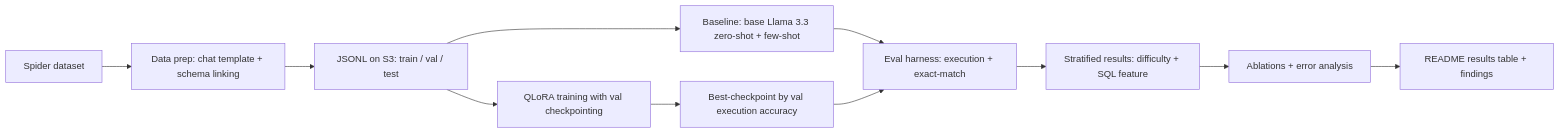
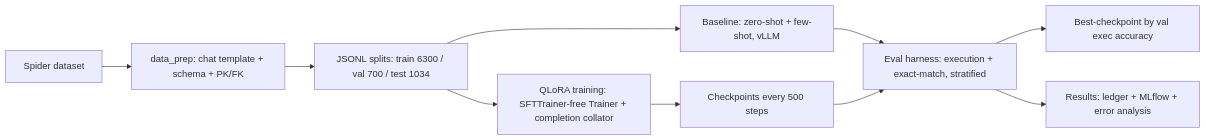
One commit to irajput215/fine-tuning-llms-text2sql changed the diagram in README.md. Above: the diagram before and after it, drawn with Mermaid. The commit also changed other lines of this file and 1 other file, not shown here.

Commit message:
docs: complete README (results, error analysis, quickstart) + portfolio/interview guide (P1-P13 Q&A, do-not-claim list)

````diff
--- a/README.md
+++ b/README.md
@@ -28,13 +56,12 @@
 ```mermaid
 flowchart LR
-    A[Spider dataset] --> B[Data prep: chat template + schema linking]
-    B --> C[JSONL on S3: train / val / test]
-    C --> D[Baseline: base Llama 3.3 zero-shot + few-shot]
-    C --> E[QLoRA training with val checkpointing]
-    E --> F[Best-checkpoint by val execution accuracy]
-    D --> G[Eval harness: execution + exact-match]
+    A[Spider dataset] --> B[data_prep: chat template + schema + PK/FK]
+    B --> C[JSONL splits: train 6300 / val 700 / test 1034]
+    C --> D[Baseline: zero-shot + few-shot, vLLM]
+    C --> E[QLoRA training: SFTTrainer-free Trainer + completion collator]
+    E --> F[Checkpoints every 500 steps]
+    D --> G[Eval harness: execution + exact-match, stratified]
     F --> G
-    G --> H[Stratified results: difficulty + SQL feature]
-    H --> I[Ablations + error analysis]
-    I --> J[README results table + findings]
+    G --> H[Best-checkpoint by val exec accuracy]
+    G --> I[Results: ledger + MLflow + error analysis]
 ```
````
